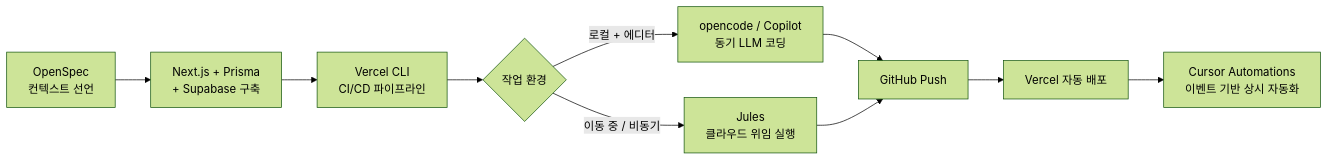
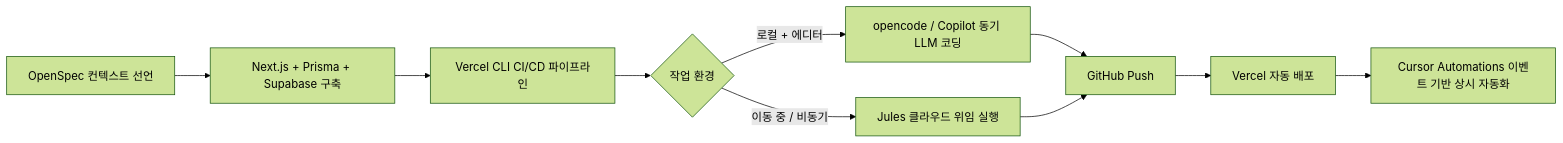
The first of 3 diagrams in index.md (Mike-kor/my-agent-docs), drawn with Mermaid (forest theme) before and after one commit. The commit also changed other lines of this file, not shown here.

Commit message:
docs: GitHub Pages용 mermaid pre 태그 변환 + CDN 스크립트 추가

````diff
--- a/index.md
+++ b/index.md
@@ -35,12 +35,12 @@
-```mermaid
+<pre class="mermaid">
 flowchart LR
-    A[OpenSpec\n컨텍스트 선언] --> B[Next.js + Prisma\n+ Supabase 구축]
-    B --> C[Vercel CLI\nCI/CD 파이프라인]
+    A[OpenSpec 컨텍스트 선언] --> B[Next.js + Prisma + Supabase 구축]
+    B --> C[Vercel CLI CI/CD 파이프라인]
     C --> D{작업 환경}
-    D -->|로컬 + 에디터| E[opencode / Copilot\n동기 LLM 코딩]
-    D -->|이동 중 / 비동기| F[Jules\n클라우드 위임 실행]
+    D -->|로컬 + 에디터| E[opencode / Copilot 동기 LLM 코딩]
+    D -->|이동 중 / 비동기| F[Jules 클라우드 위임 실행]
     E --> G[GitHub Push]
     F --> G
     G --> H[Vercel 자동 배포]
-    H --> I[Cursor Automations\n이벤트 기반 상시 자동화]
-```
+    H --> I[Cursor Automations 이벤트 기반 상시 자동화]
+</pre>
````
